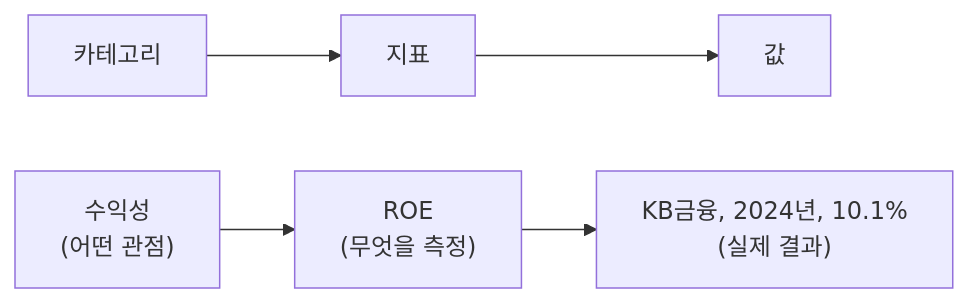
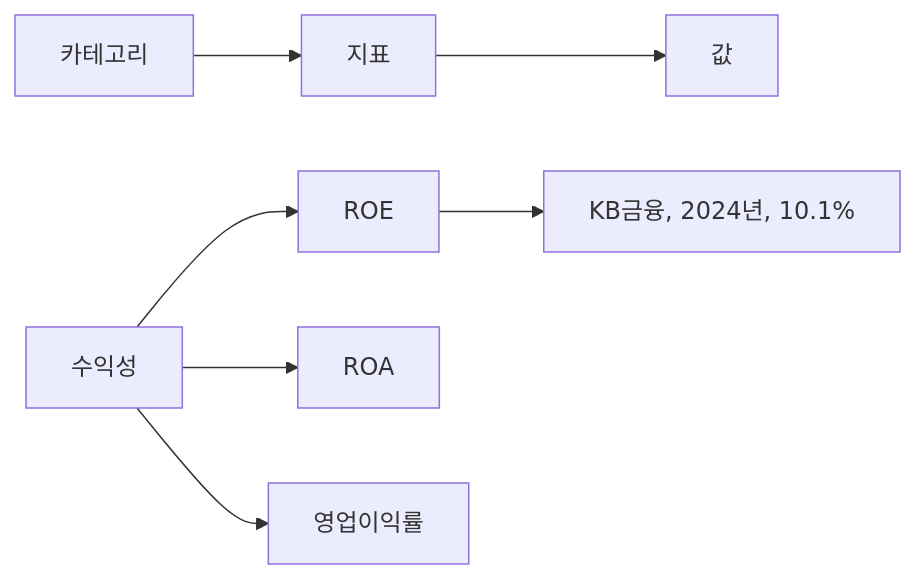
Before and after one commit to fntimes/docs: the first of 4 diagrams in compass/database-structure.md, drawn with Mermaid. The commit also changed other lines of this file and 1 other file, not shown here.

````diff
--- a/compass/database-structure.md
+++ b/compass/database-structure.md
@@ -75,8 +69,10 @@
 ```mermaid
 graph LR
     A[카테고리] --> B[지표]
     B --> C[값]
 
-    A1["수익성<br/>(어떤 관점)"] --> B1["ROE<br/>(무엇을 측정)"]
-    B1 --> C1["KB금융, 2024년, 10.1%<br/>(실제 결과)"]
+    A1["수익성"] --> B1["ROE"]
+    A1 --> B2["ROA"]
+    A1 --> B3["영업이익률"]
+    B1 --> C1["KB금융, 2024년, 10.1%"]
 ```
````
